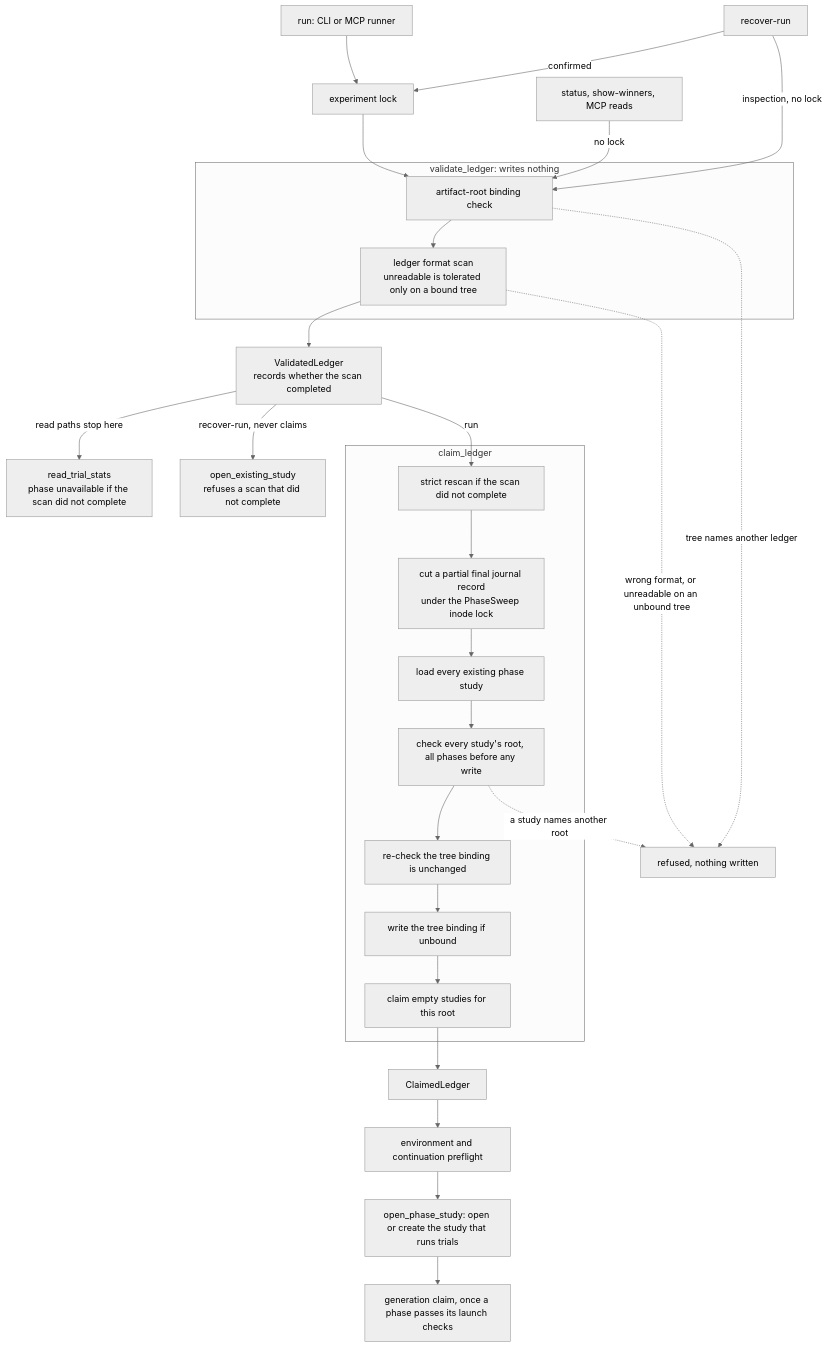
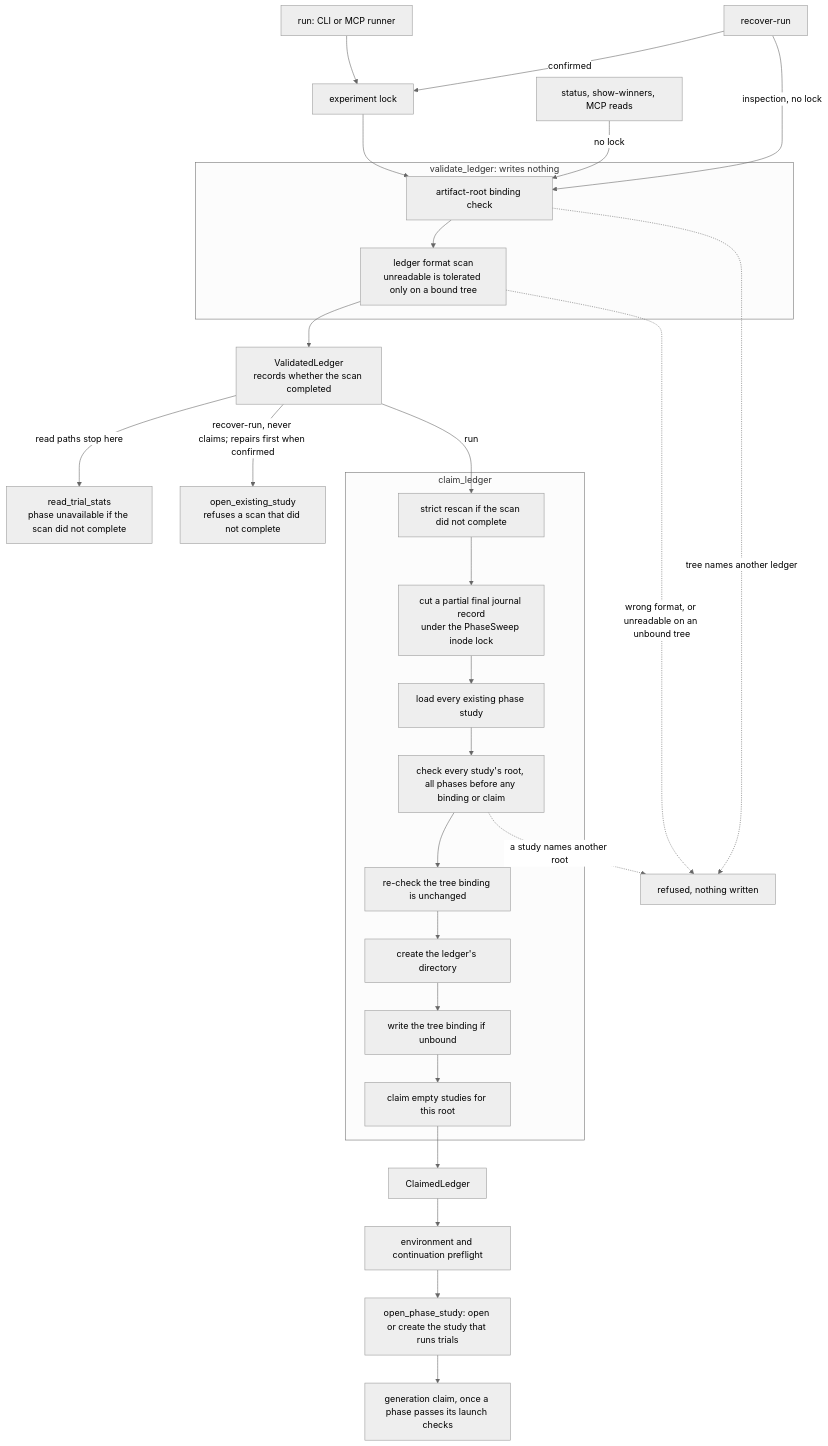
One commit to pszemraj/phasesweep changed the diagram in docs/invariants.md. Above: the diagram before and after it, drawn with Mermaid (neutral theme). The commit also changed other lines of this file and 9 other files, not shown here.

````diff
--- a/docs/invariants.md
+++ b/docs/invariants.md
@@ -15,30 +15,31 @@
 ```mermaid
 flowchart TD
     run["run: CLI or MCP runner"] --> lock["experiment lock"]
     recover["recover-run"] -->|"confirmed"| lock
     recover -->|"inspection, no lock"| check
     reads["status, show-winners, MCP reads"] -->|"no lock"| check
     lock --> check
     subgraph validate["validate_ledger: writes nothing"]
         check["artifact-root binding check"] --> scan["ledger format scan<br/>unreadable is tolerated only on a bound tree"]
     end
     scan --> handle["ValidatedLedger<br/>records whether the scan completed"]
     handle -->|"read paths stop here"| ro["read_trial_stats<br/>phase unavailable if the scan did not complete"]
-    handle -->|"recover-run, never claims"| existing["open_existing_study<br/>refuses a scan that did not complete"]
+    handle -->|"recover-run, never claims; repairs first when confirmed"| existing["open_existing_study<br/>refuses a scan that did not complete"]
     handle -->|"run"| rescan
     subgraph claim["claim_ledger"]
         rescan["strict rescan if the scan did not complete"] --> repair["cut a partial final journal record<br/>under the PhaseSweep inode lock"]
         repair --> discover["load every existing phase study"]
-        discover --> roots["check every study's root, all phases before any write"]
+        discover --> roots["check every study's root, all phases before any binding or claim"]
         roots --> recheck["re-check the tree binding is unchanged"]
-        recheck --> bind["write the tree binding if unbound"]
+        recheck --> mkdir["create the ledger's directory"]
+        mkdir --> bind["write the tree binding if unbound"]
         bind --> claimst["claim empty studies for this root"]
     end
     claimst --> claimed["ClaimedLedger"]
     claimed --> pre["environment and continuation preflight"]
     pre --> open["open_phase_study: open or create the study that runs trials"]
     open --> gen["generation claim, once a phase passes its launch checks"]
     check -.->|"tree names another ledger"| refused["refused, nothing written"]
     scan -.->|"wrong format, or unreadable on an unbound tree"| refused
     roots -.->|"a study names another root"| refused
 ```
````
